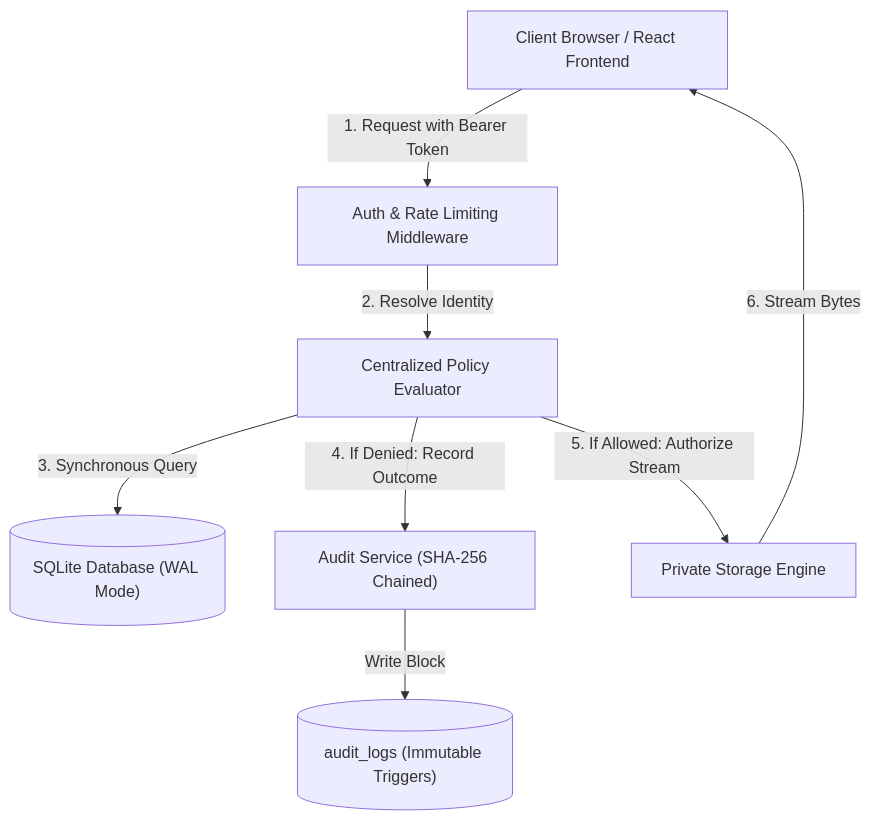
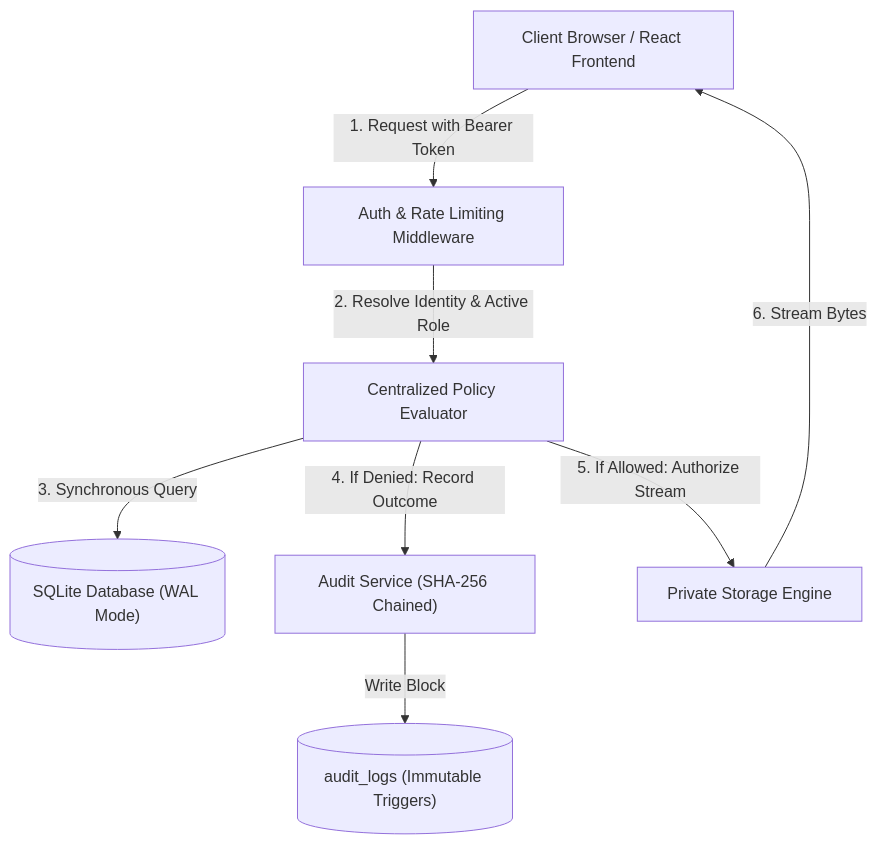
One commit to vijaychinthalapudi/TrustVault changed the diagram in README.md. Above: the diagram before and after it, drawn with Mermaid. The commit also changed other lines of this file and 2 other files, not shown here.

````diff
--- a/README.md
+++ b/README.md
@@ -28,10 +36,10 @@
 ```mermaid
 flowchart TD
     Client["Client Browser / React Frontend"] -->|1. Request with Bearer Token| Middleware["Auth & Rate Limiting Middleware"]
-    Middleware -->|2. Resolve Identity| PolicyEngine["Centralized Policy Evaluator"]
+    Middleware -->|2. Resolve Identity & Active Role| PolicyEngine["Centralized Policy Evaluator"]
     PolicyEngine -->|3. Synchronous Query| DB[("SQLite Database (WAL Mode)")]
     PolicyEngine -->|4. If Denied: Record Outcome| AuditService["Audit Service (SHA-256 Chained)"]
     AuditService -->|Write Block| AuditTable[("audit_logs (Immutable Triggers)")]
     PolicyEngine -->|5. If Allowed: Authorize Stream| StorageService["Private Storage Engine"]
     StorageService -->|6. Stream Bytes| Client
 ```
````
